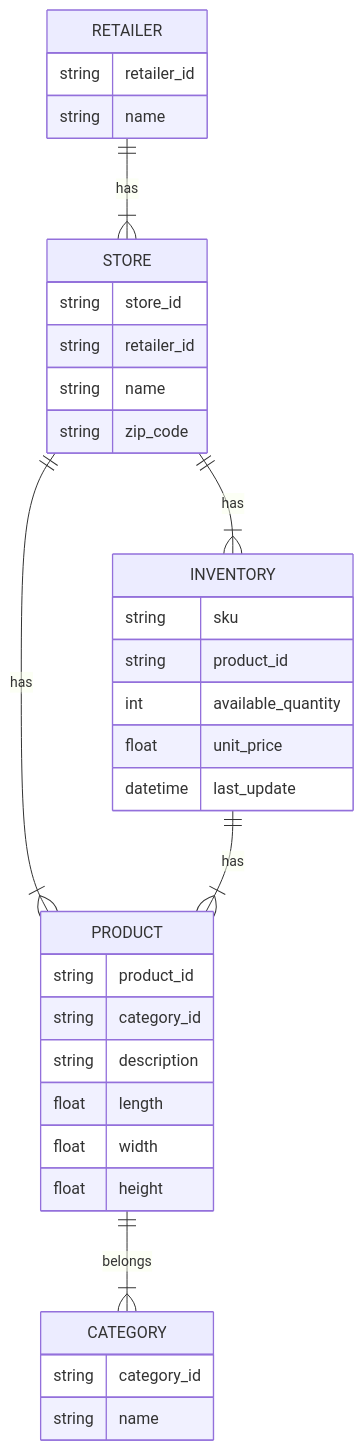
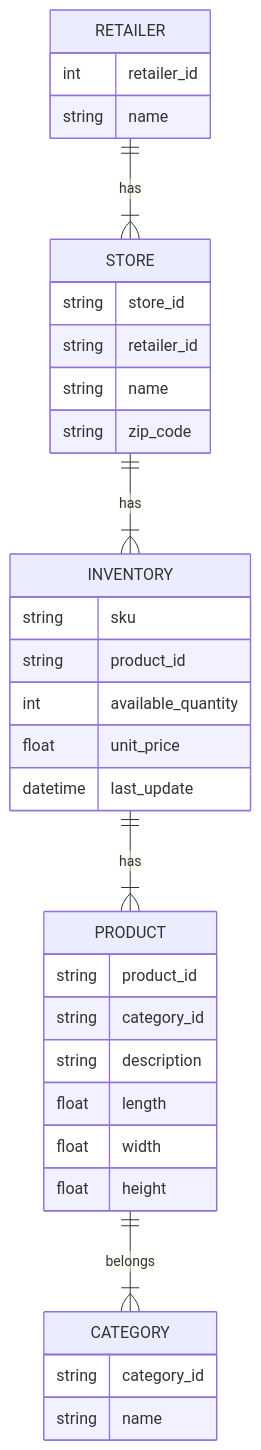
Before and after one commit to loudinb/tcr-matl-pa: the diagram in docs/dynamodb.md, drawn with Mermaid.

Commit message:
testing mermaid

````diff
--- a/docs/dynamodb.md
+++ b/docs/dynamodb.md
@@ -3,39 +3,38 @@
 ```mermaid
 erDiagram
           RETAILER ||--|{ STORE : has
           RETAILER {
-            string retailer_id
+            int retailer_id
             string name
           }
-          STORE ||--|{ PRODUCT : has
           STORE {
             string store_id
             string retailer_id
             string name
             string zip_code
           }
           STORE ||--|{ INVENTORY : has
           INVENTORY {
             string sku
             string product_id
             int available_quantity
             float unit_price
             datetime last_update
           }
           INVENTORY ||--|{ PRODUCT : has
           PRODUCT {
             string product_id
             string category_id
             string description
             float length
             float width
             float height
           }
           PRODUCT ||--|{ CATEGORY : belongs
           CATEGORY {
             string category_id
             string name
           }
 
           
 ```
````
